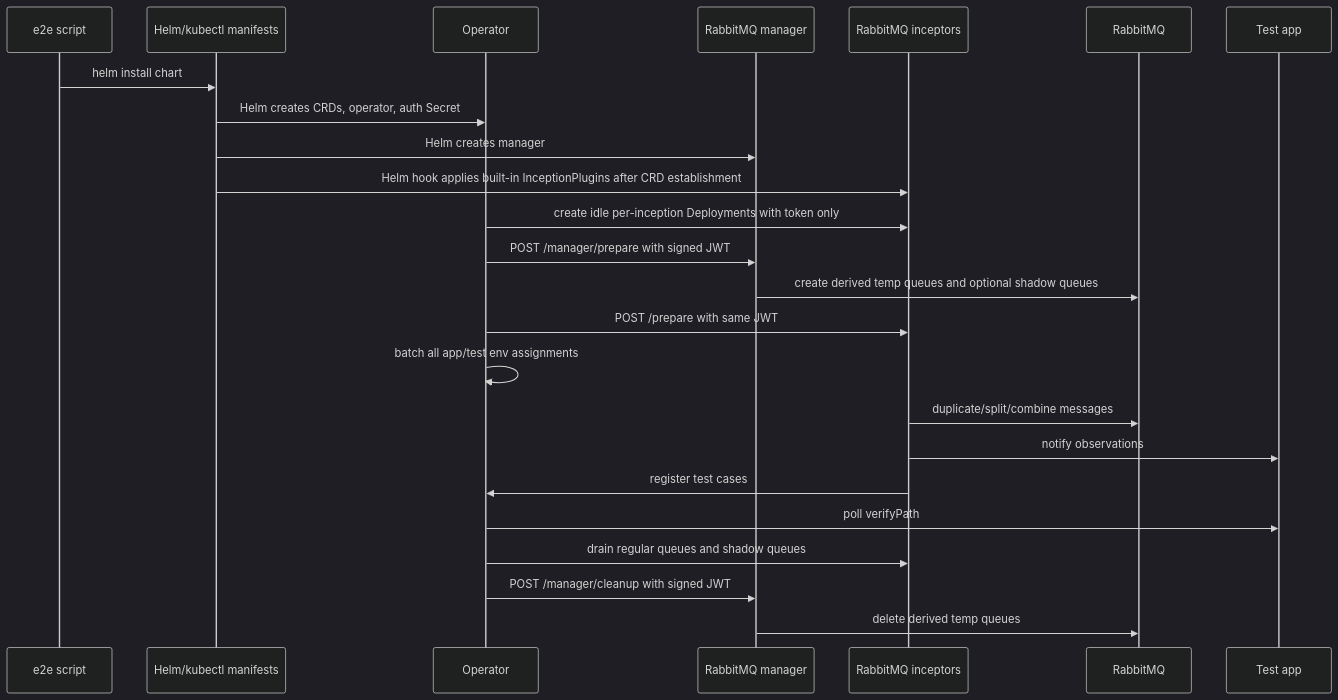
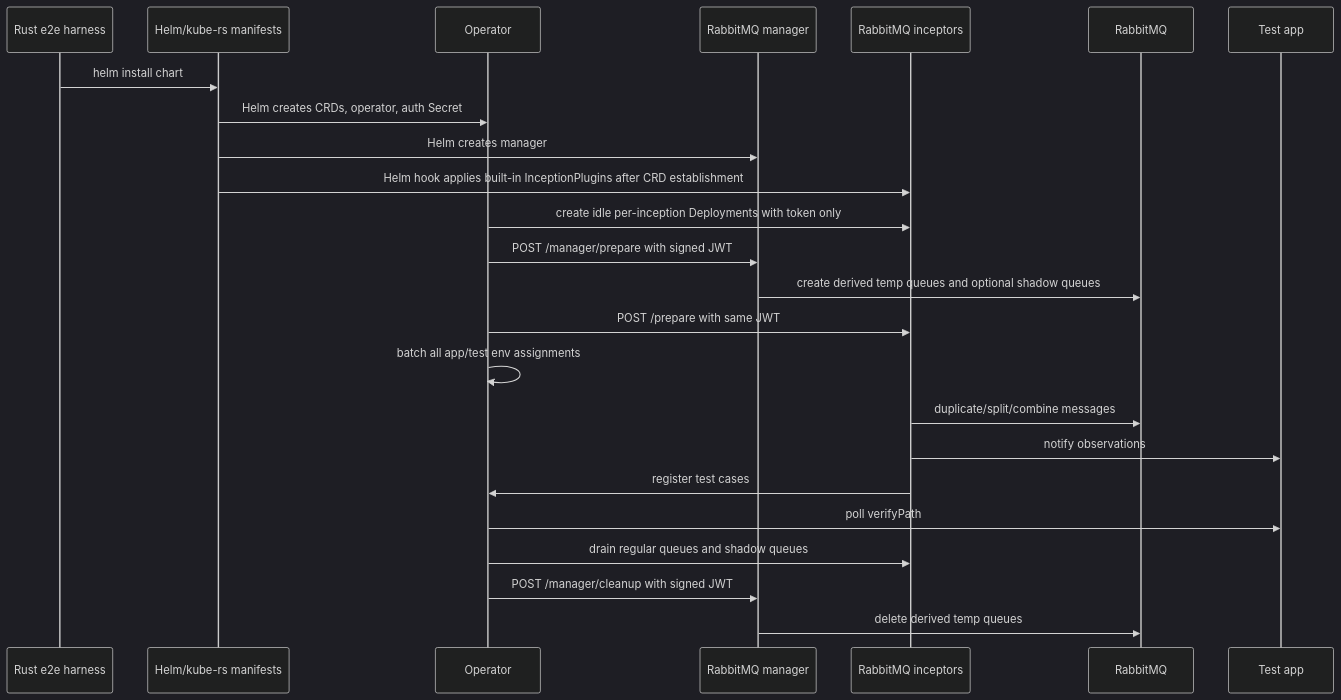
Before and after one commit to dlahmad/fluidbgoperator: the third of 3 diagrams in docs/testing/e2e.md, drawn with Mermaid (dark theme). The commit also changed other lines of this file and 21 other files, not shown here.

Commit message:
Convert e2e suite to Rust harness

````diff
--- a/docs/testing/e2e.md
+++ b/docs/testing/e2e.md
@@ -122,27 +123,27 @@
 ```mermaid
 sequenceDiagram
-    participant E as e2e script
-    participant H as Helm/kubectl manifests
+    participant E as Rust e2e harness
+    participant H as Helm/kube-rs manifests
     participant O as Operator
     participant M as RabbitMQ manager
     participant I as RabbitMQ inceptors
     participant R as RabbitMQ
     participant T as Test app
 
     E->>H: helm install chart
     H->>O: Helm creates CRDs, operator, auth Secret
     H->>M: Helm creates manager
     H->>I: Helm hook applies built-in InceptionPlugins after CRD establishment
     O->>I: create idle per-inception Deployments with token only
     O->>M: POST /manager/prepare with signed JWT
     M->>R: create derived temp queues and optional shadow queues
     O->>I: POST /prepare with same JWT
     O->>O: batch all app/test env assignments
     I->>R: duplicate/split/combine messages
     I->>T: notify observations
     I->>O: register test cases
     O->>T: poll verifyPath
     O->>I: drain regular queues and shadow queues
     O->>M: POST /manager/cleanup with signed JWT
     M->>R: delete derived temp queues
 ```
````
